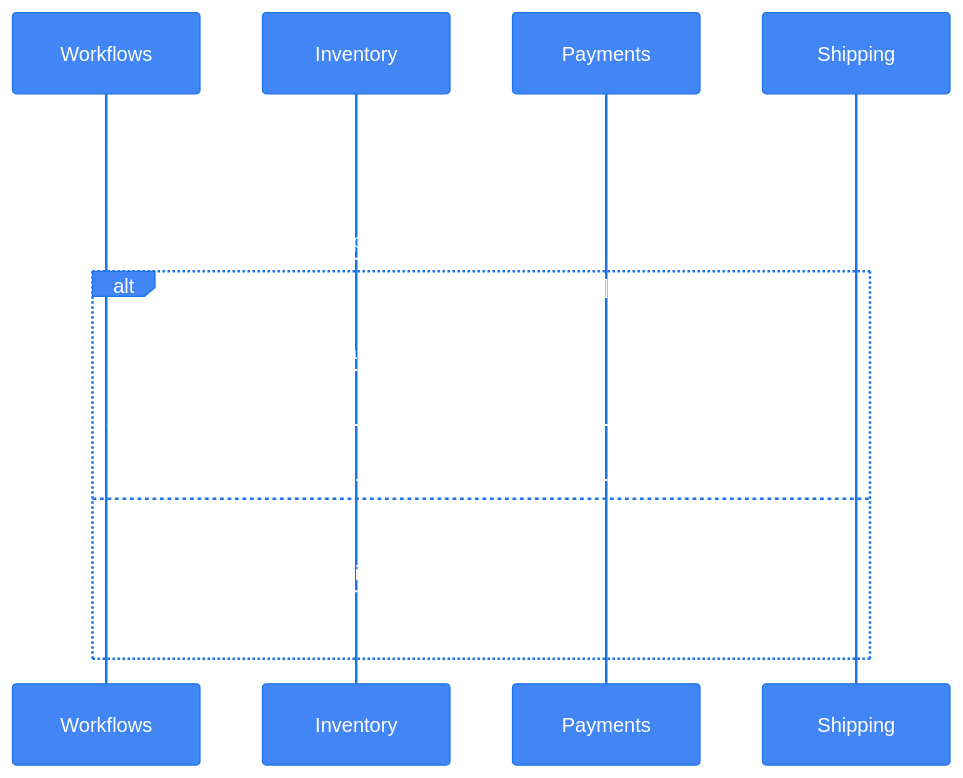
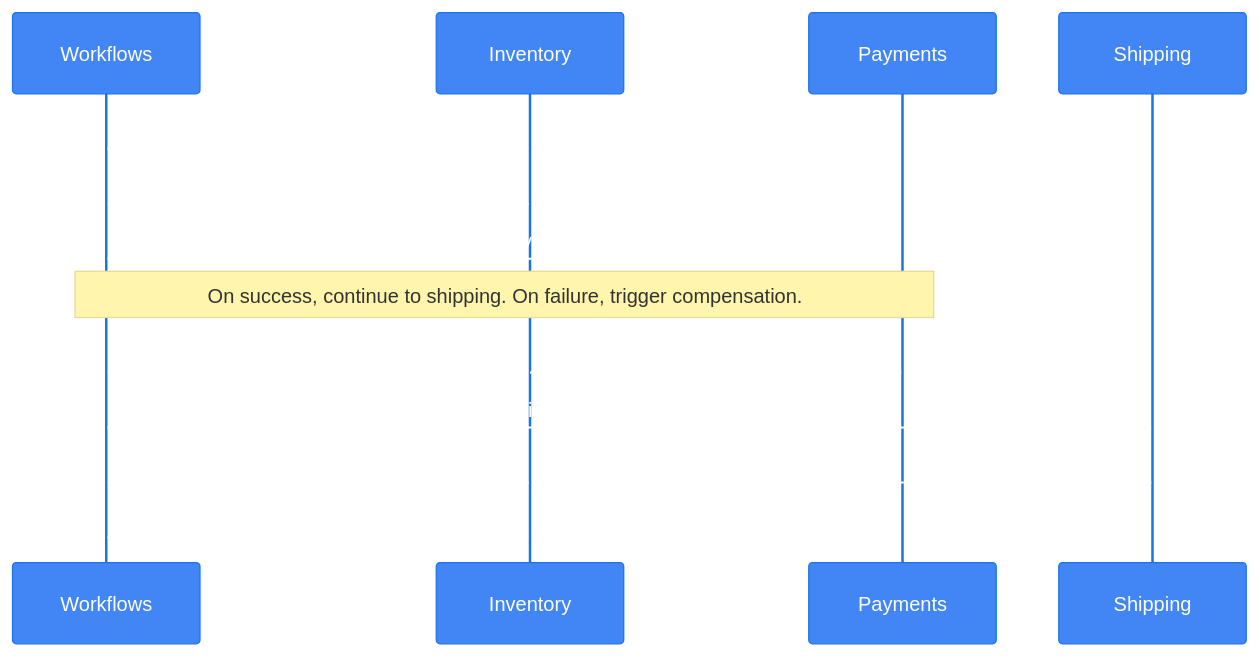
Before and after one commit to ShasidharReddy/GCP-Cloud-Engineer: diagram 16 of 16 in Serverless/README.md, drawn with Mermaid. The commit also changed other lines of this file and 7 other files, not shown here.

Commit message:
fix: resolve Mermaid rendering errors and add official GCP documentation links (#9)

````diff
--- a/Serverless/README.md
+++ b/Serverless/README.md
@@ -1252,27 +1153,17 @@
 ```mermaid
-%%{init: {'theme': 'base', 'themeVariables': {
-  'primaryColor': '#4285F4',
-  'primaryTextColor': '#FFFFFF',
-  'primaryBorderColor': '#1A73E8',
-  'lineColor': '#34A853',
-  'secondaryColor': '#EA4335',
-  'tertiaryColor': '#FBBC05'
-}}}%%
+%%{init: {'theme': 'base', 'themeVariables': { 'primaryColor': '#4285F4', 'primaryTextColor': '#FFFFFF', 'primaryBorderColor': '#1A73E8', 'lineColor': '#34A853', 'secondaryColor': '#EA4335', 'tertiaryColor': '#FBBC05' }}}%%
 sequenceDiagram
     participant WF as Workflows
     participant Inv as Inventory
     participant Pay as Payments
     participant Ship as Shipping
 
     WF->>Inv: Reserve inventory
     Inv-->>WF: Reserved
     WF->>Pay: Charge payment
-    alt Payment succeeded
-        Pay-->>WF: Charged
-        WF->>Ship: Create shipment
-        Ship-->>WF: Shipment created
-    else Payment failed
-        Pay-->>WF: Failed
-        WF->>Inv: Release inventory
-    end
+    Note over WF,Pay: On success, continue to shipping. On failure, trigger compensation.
+    Pay-->>WF: Charged or Failed
+    WF->>Ship: Create shipment when payment succeeds
+    Ship-->>WF: Shipment created
+    WF->>Inv: Release inventory when payment fails
 ```
````
